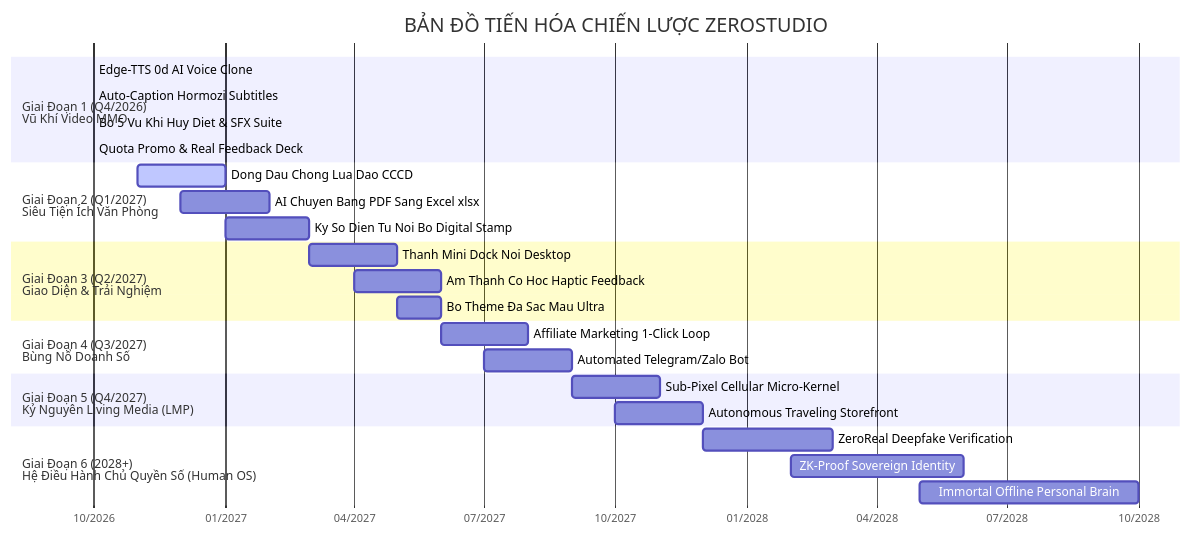
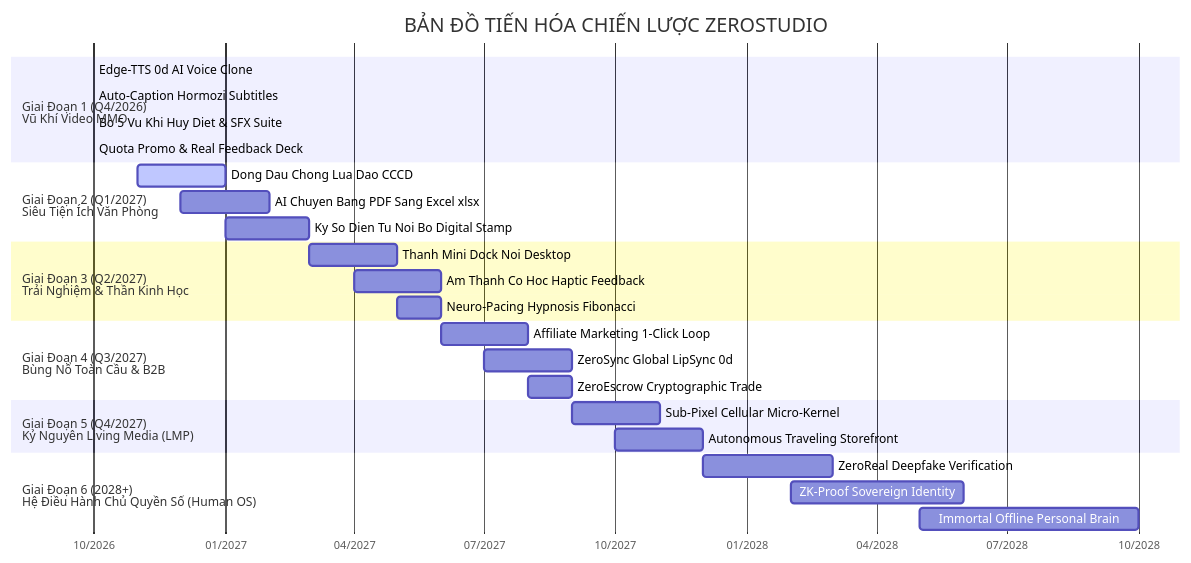
Before and after one commit to yungfishin/Zerostudio: the second of 2 diagrams in ZEROSTUDIO_MASTER_ARCHIVE_AND_ROADMAP.md, drawn with Mermaid. The commit also changed other lines of this file, not shown here.

Commit message:
docs: establish Triad of Global Weapons (Neuro-Pacing, ZeroSync, ZeroEscrow) as Chapter XI in master archive

````diff
--- a/ZEROSTUDIO_MASTER_ARCHIVE_AND_ROADMAP.md
+++ b/ZEROSTUDIO_MASTER_ARCHIVE_AND_ROADMAP.md
@@ -280,29 +281,30 @@
 ```mermaid
 gantt
     title BẢN ĐỒ TIẾN HÓA CHIẾN LƯỢC ZEROSTUDIO
     dateFormat  YYYY-MM
     axisFormat  %m/%Y
     section Giai Đoạn 1 (Q4/2026)<br>Vũ Khí Video MMO
         Edge-TTS 0d AI Voice Clone        :done, des1, 2026-10, 2026-10
         Auto-Caption Hormozi Subtitles    :done, des2, 2026-10, 2026-10
         Bo 5 Vu Khi Huy Diet & SFX Suite  :done, des3, 2026-10, 2026-10
         Quota Promo & Real Feedback Deck  :done, des4, 2026-10, 2026-10
     section Giai Đoạn 2 (Q1/2027)<br>Siêu Tiện Ích Văn Phòng
         Dong Dau Chong Lua Dao CCCD       :active, des5, 2026-11, 2027-01
         AI Chuyen Bang PDF Sang Excel xlsx :des6, 2026-12, 2027-02
         Ky So Dien Tu Noi Bo Digital Stamp :des7, 2027-01, 2027-03
-    section Giai Đoạn 3 (Q2/2027)<br>Giao Diện & Trải Nghiệm
+    section Giai Đoạn 3 (Q2/2027)<br>Trải Nghiệm & Thần Kinh Học
         Thanh Mini Dock Noi Desktop       :des8, 2027-03, 2027-05
         Am Thanh Co Hoc Haptic Feedback    :des9, 2027-04, 2027-06
-        Bo Theme Đa Sac Mau Ultra         :des10, 2027-05, 2027-06
-    section Giai Đoạn 4 (Q3/2027)<br>Bùng Nổ Doanh Số
+        Neuro-Pacing Hypnosis Fibonacci   :des10, 2027-05, 2027-06
+    section Giai Đoạn 4 (Q3/2027)<br>Bùng Nổ Toàn Cầu & B2B
         Affiliate Marketing 1-Click Loop  :des11, 2027-06, 2027-08
-        Automated Telegram/Zalo Bot       :des12, 2027-07, 2027-09
+        ZeroSync Global LipSync 0d        :des12, 2027-07, 2027-09
+        ZeroEscrow Cryptographic Trade    :des12b, 2027-08, 2027-09
     section Giai Đoạn 5 (Q4/2027)<br>Kỷ Nguyên Living Media (LMP)
         Sub-Pixel Cellular Micro-Kernel   :des13, 2027-09, 2027-11
         Autonomous Traveling Storefront   :des14, 2027-10, 2027-12
     section Giai Đoạn 6 (2028+)<br>Hệ Điều Hành Chủ Quyền Số (Human OS)
         ZeroReal Deepfake Verification    :des15, 2027-12, 2028-03
         ZK-Proof Sovereign Identity       :des16, 2028-02, 2028-06
         Immortal Offline Personal Brain   :des17, 2028-05, 2028-10
 ```
````
